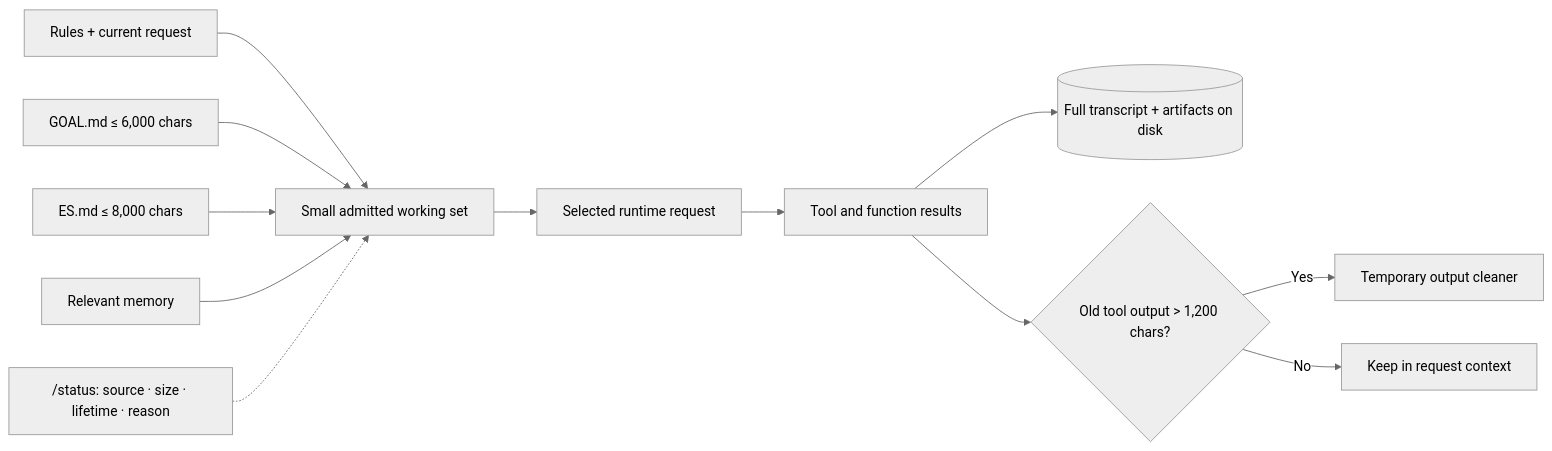
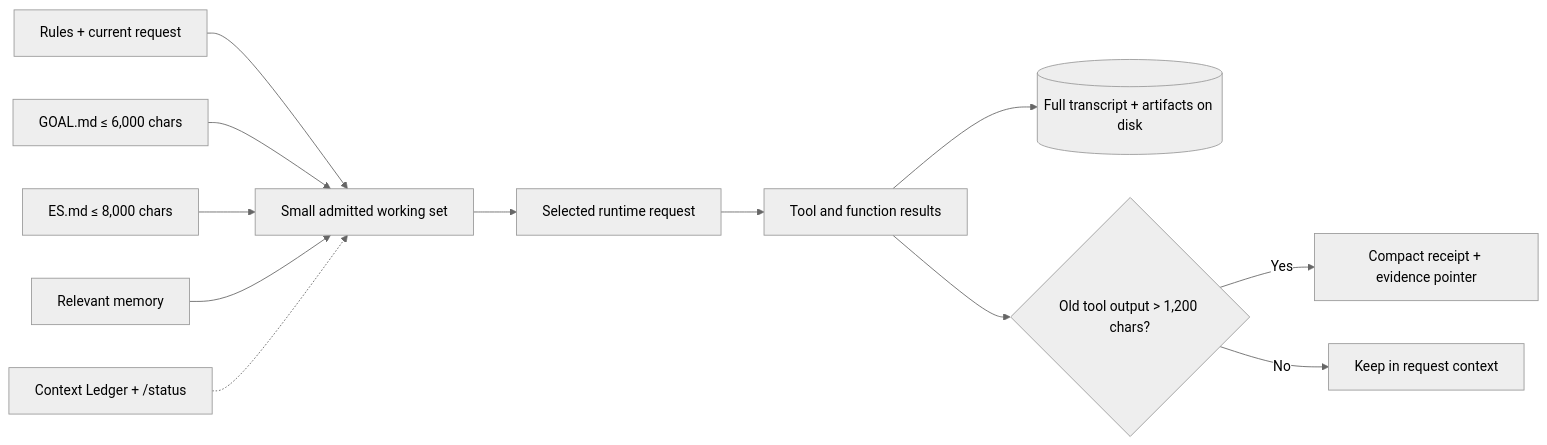
Before and after one commit to MasihMoafi/A-Modular-Kingdom: the second of 6 diagrams in readme.md, drawn with Mermaid (neutral theme). The commit also changed other lines of this file and 1 other file, not shown here.

Commit message:
docs: takeover-mode direction for /claude-code, distribution strategy, context-saved metric; README rewritten around the pruning differentiator

````diff
--- a/readme.md
+++ b/readme.md
@@ -84,14 +98,14 @@
 ```mermaid
 flowchart LR
     rules["Rules + current request"] --> working["Small admitted working set"]
     goal["GOAL.md ≤ 6,000 chars"] --> working
     checkpoint["ES.md ≤ 8,000 chars"] --> working
     memory["Relevant memory"] --> working
-    status["/status: source · size · lifetime · reason"] -.-> working
+    status["Context Ledger + /status"] -.-> working
     working --> runtime["Selected runtime request"]
     runtime --> results["Tool and function results"]
     results --> disk[("Full transcript + artifacts on disk")]
     results --> large{"Old tool output > 1,200 chars?"}
-    large -->|Yes| marker["Temporary output cleaner"]
+    large -->|Yes| marker["Compact receipt + evidence pointer"]
     large -->|No| keep["Keep in request context"]
 ```
````
